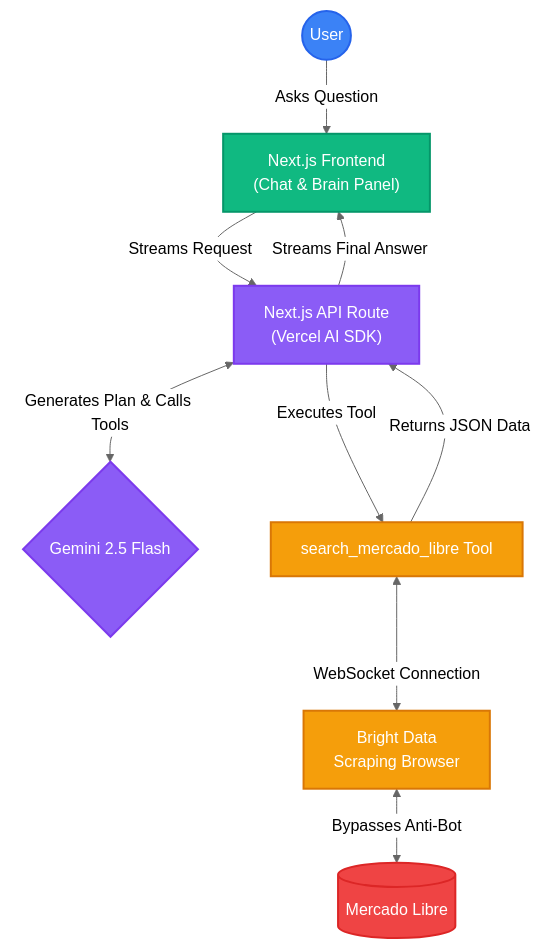
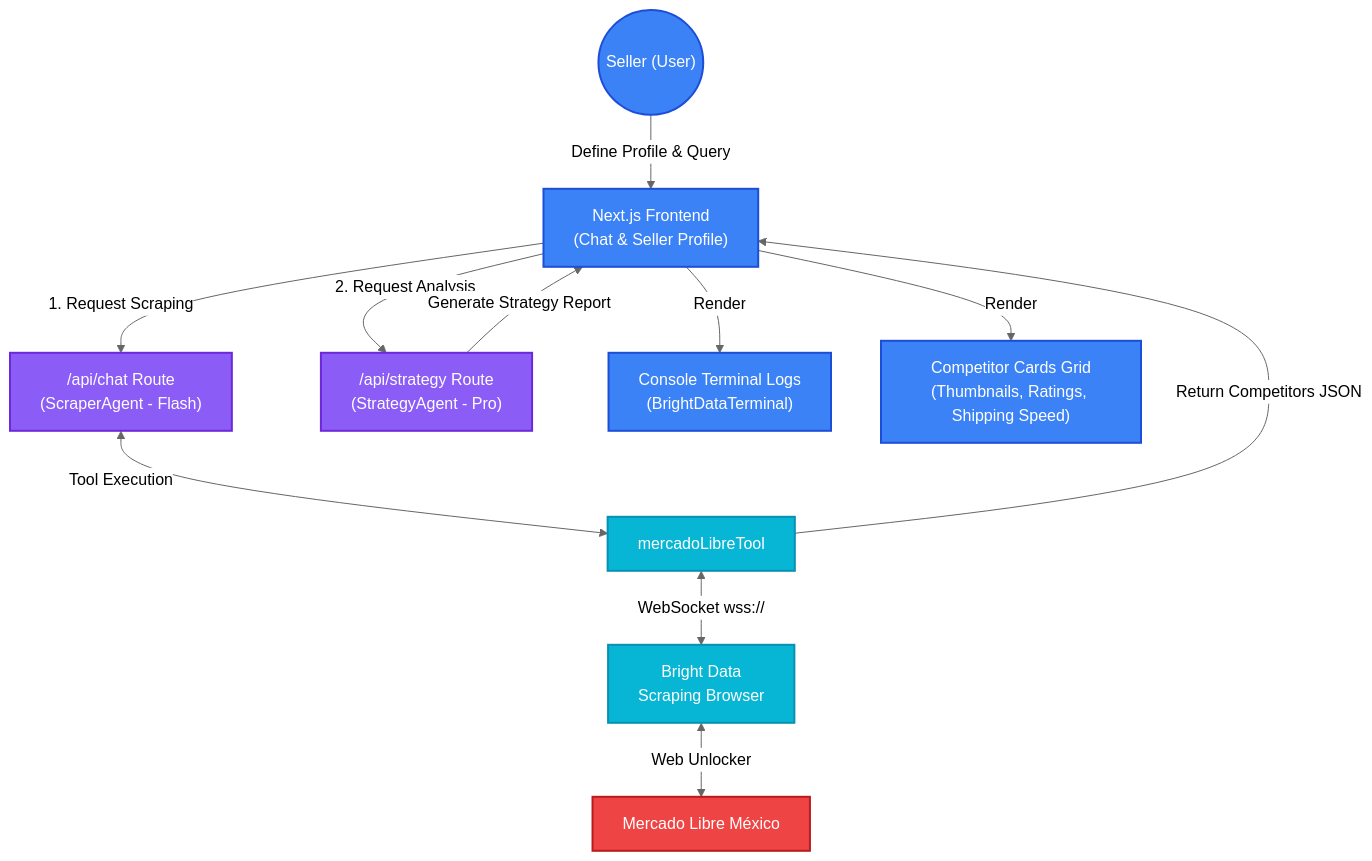
The second of 2 diagrams in README.md (JaDi03/BuyBoxAgent), drawn with Mermaid (neutral theme) before and after one commit. The commit also changed other lines of this file and 7 other files, not shown here.

````diff
--- a/README.md
+++ b/README.md
@@ -35,21 +74,22 @@
 ```mermaid
 graph TD
-    %% Colors %%
-    classDef user fill:#3B82F6,stroke:#2563EB,stroke-width:2px,color:#fff
-    classDef ui fill:#10B981,stroke:#059669,stroke-width:2px,color:#fff
-    classDef agent fill:#8B5CF6,stroke:#7C3AED,stroke-width:2px,color:#fff
-    classDef tools fill:#F59E0B,stroke:#D97706,stroke-width:2px,color:#fff
-    classDef target fill:#EF4444,stroke:#DC2626,stroke-width:2px,color:#fff
+    %% Styling %%
+    classDef client fill:#3B82F6,stroke:#1D4ED8,stroke-width:2px,color:#fff
+    classDef agent fill:#8B5CF6,stroke:#6D28D9,stroke-width:2px,color:#fff
+    classDef scraper fill:#06B6D4,stroke:#0891B2,stroke-width:2px,color:#fff
+    classDef target fill:#EF4444,stroke:#B91C1C,stroke-width:2px,color:#fff
 
-    User(("User")):::user -->|Asks Question| Frontend["Next.js Frontend<br>(Chat & Brain Panel)"]:::ui
-    Frontend -->|Streams Request| API["Next.js API Route<br>(Vercel AI SDK)"]:::agent
+    User(("Seller (User)")):::client -->|Define Profile & Query| UI["Next.js Frontend<br/>(Chat & Seller Profile)"]:::client
+    UI -->|1. Request Scraping| ChatAPI["/api/chat Route<br/>(ScraperAgent - Flash)"]:::agent
+    ChatAPI <-->|Tool Execution| MLTool["mercadoLibreTool"]:::scraper
+    MLTool <-->|WebSocket wss://| BD["Bright Data<br/>Scraping Browser"]:::scraper
+    BD <-->|Web Unlocker| ML["Mercado Libre México"]:::target
     
-    API <-->|Generates Plan & Calls Tools| LLM{"Gemini 2.5 Flash"}:::agent
-    API -->|Executes Tool| Tool["search_mercado_libre Tool"]:::tools
+    MLTool -->|Return Competitors JSON| UI
     
-    Tool <-->|WebSocket Connection| BD["Bright Data<br>Scraping Browser"]:::tools
-    BD <-->|Bypasses Anti-Bot| ML[("Mercado Libre")]:::target
+    UI -->|2. Request Analysis| StrategyAPI["/api/strategy Route<br/>(StrategyAgent - Pro)"]:::agent
+    StrategyAPI -->|Generate Strategy Report| UI
     
-    Tool -->|Returns JSON Data| API
-    API -->|Streams Final Answer| Frontend
+    UI -->|Render| Terminal["Console Terminal Logs<br/>(BrightDataTerminal)"]:::client
+    UI -->|Render| Competitors["Competitor Cards Grid<br/>(Thumbnails, Ratings, Shipping Speed)"]:::client
 ```
````
